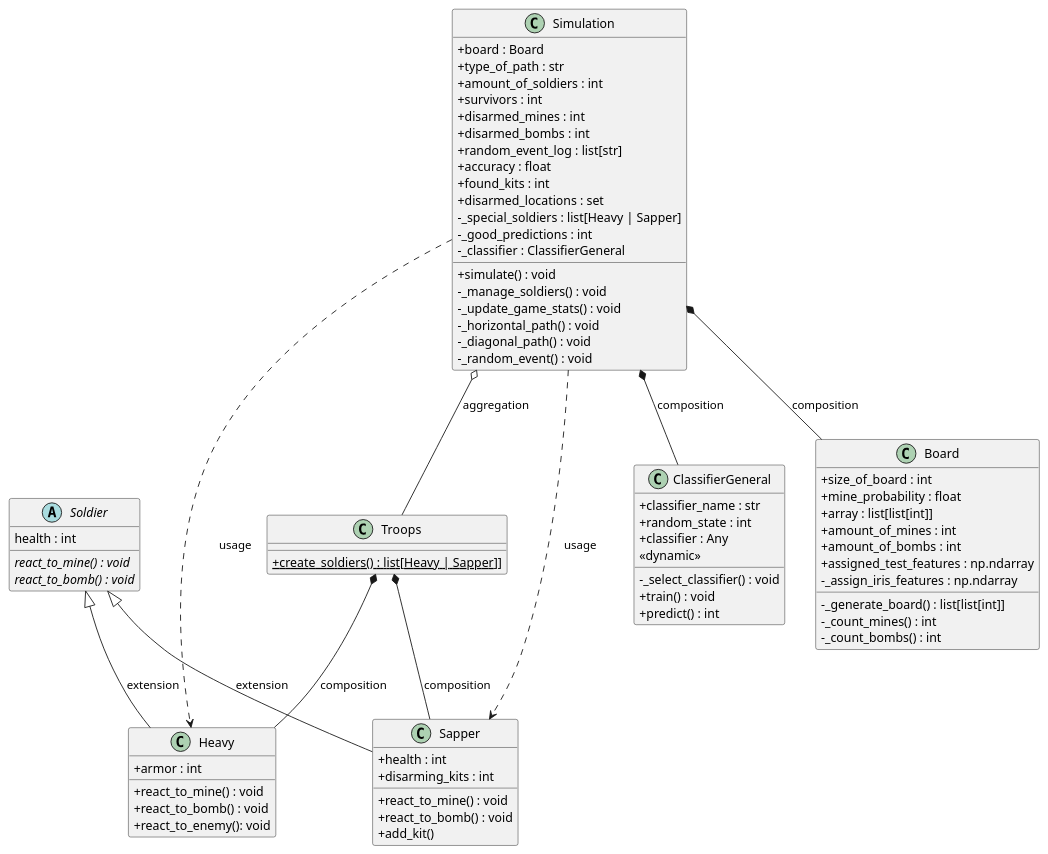
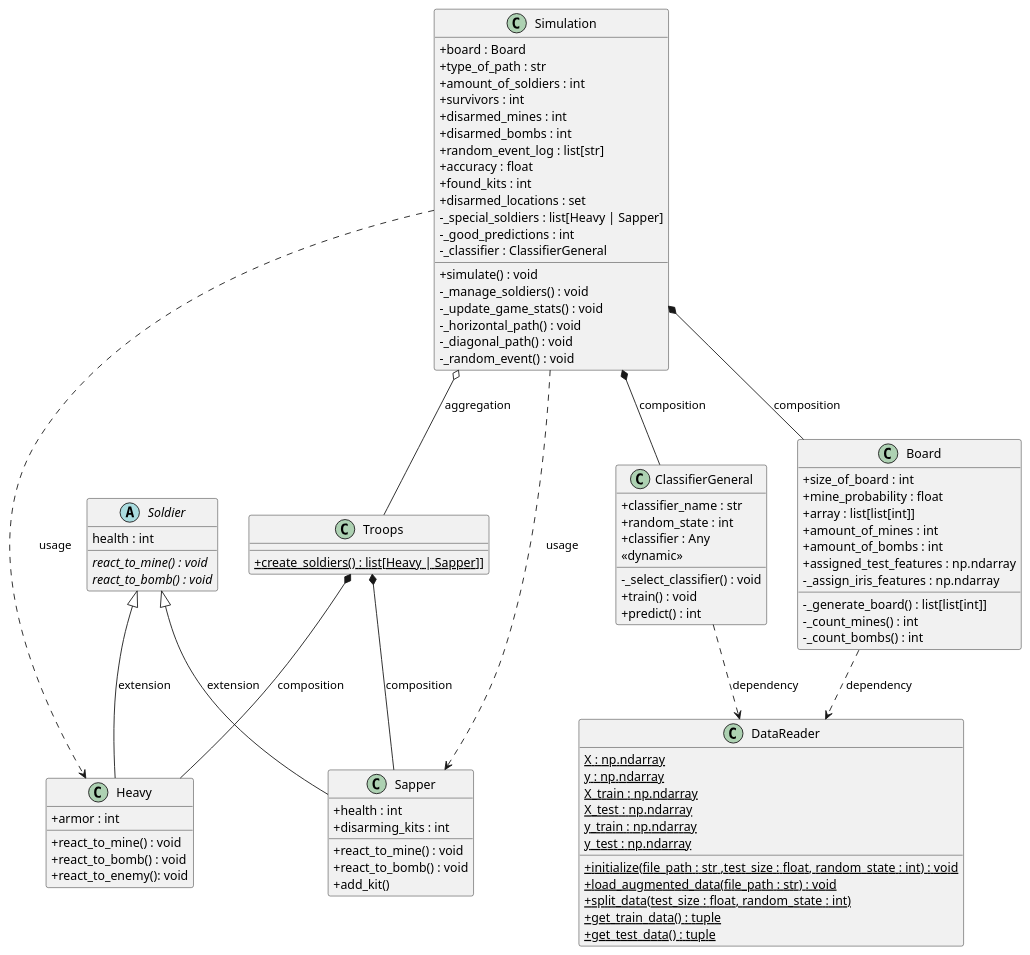
The diagram in docs/class_diagram.puml (sonervous7/AIFieldCommander_v2), drawn with PlantUML before and after one commit. The commit also changed 34 other files, not shown here.

```diff
--- a/docs/class_diagram.puml
+++ b/docs/class_diagram.puml
@@ -1,88 +1,104 @@
 @startuml
 'https://plantuml.com/class-diagram
 skinparam classAttributeIconSize 0
 
 abstract class Soldier {
 {abstract} react_to_mine() : void
 {abstract} react_to_bomb() : void
 health : int
+}
+
+class DataReader {
+{static} X : np.ndarray
+{static} y : np.ndarray
+{static} X_train : np.ndarray
+{static} X_test : np.ndarray
+{static} y_train : np.ndarray
+{static} y_test : np.ndarray
+{static} +initialize(file_path : str ,test_size : float, random_state : int) : void
+{static} +load_augmented_data(file_path : str) : void
+{static} +split_data(test_size : float, random_state : int)
+{static} +get_train_data() : tuple
+{static} +get_test_data() : tuple
 }
 
 class Sapper {
 +react_to_mine() : void
 +react_to_bomb() : void
 +add_kit()
 +health : int
 +disarming_kits : int
 }
 
 class Heavy {
 +react_to_mine() : void
 +react_to_bomb() : void
 +react_to_enemy(): void
 +armor : int
 }
 
 class Troops {
 {static} +create_soldiers() : list[Heavy | Sapper]]
 }
 
 class ClassifierGeneral {
 +classifier_name : str
 +random_state : int
 +classifier : Any
 <<dynamic>>
 -_select_classifier() : void
 +train() : void
 +predict() : int
 }
 
 class Board {
 +size_of_board : int
 +mine_probability : float
 +array : list[list[int]]
 +amount_of_mines : int
 +amount_of_bombs : int
 +assigned_test_features : np.ndarray
 -_generate_board() : list[list[int]]
 -_count_mines() : int
 -_count_bombs() : int
 -_assign_iris_features : np.ndarray
 
 }
 
 class Simulation {
 +board : Board
 +type_of_path : str
 +amount_of_soldiers : int
 +survivors : int
 +disarmed_mines : int
 +disarmed_bombs : int
 +random_event_log : list[str]
 +accuracy : float
 +found_kits : int
 +disarmed_locations : set
 -_special_soldiers : list[Heavy | Sapper]
 -_good_predictions : int
 -_classifier : ClassifierGeneral
 +simulate() : void
 -_manage_soldiers() : void
 -_update_game_stats() : void
 -_horizontal_path() : void
 -_diagonal_path() : void
 -_random_event() : void
 
 }
 
 Soldier <|-- Heavy : extension
 Soldier <|-- Sapper : extension
 Troops *-- Heavy : composition
 Troops *-- Sapper : composition
 Simulation *-- Board : composition
 Simulation *-- ClassifierGeneral : composition
 Simulation o-- Troops : aggregation
 Simulation ..> Heavy : usage
 Simulation ..> Sapper : usage
+Board ..> DataReader : dependency
+ClassifierGeneral ..> DataReader : dependency
 
 
 @enduml
```
